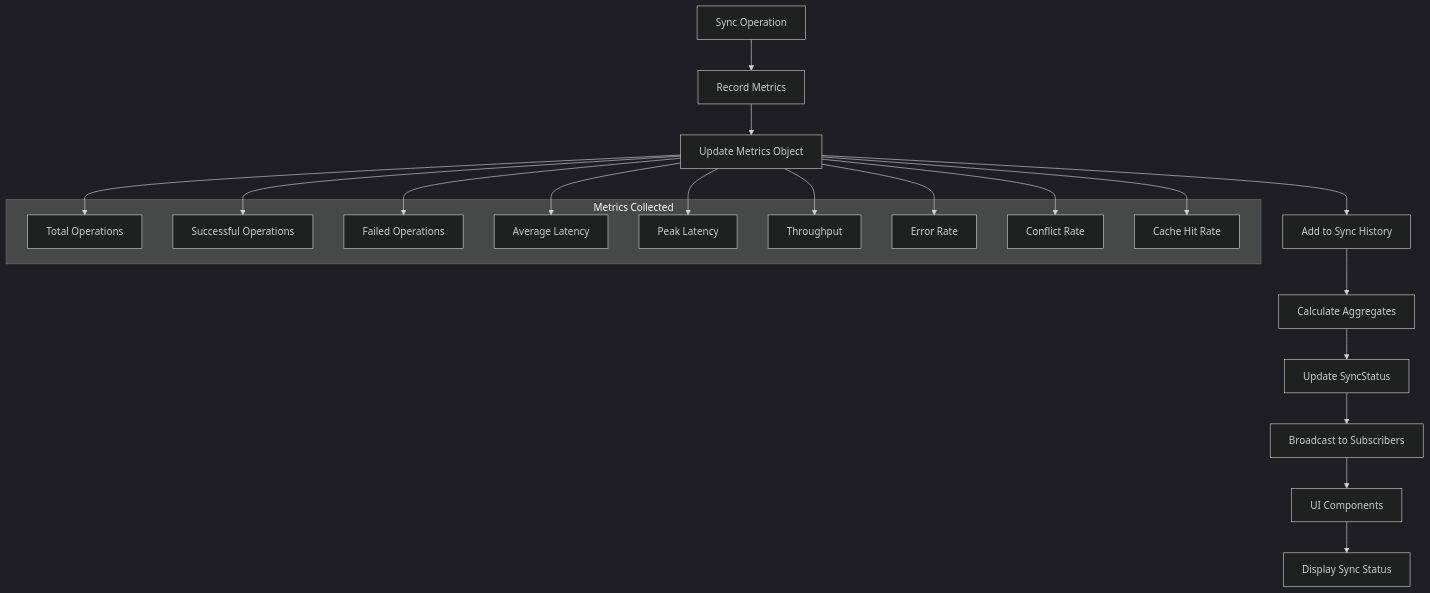
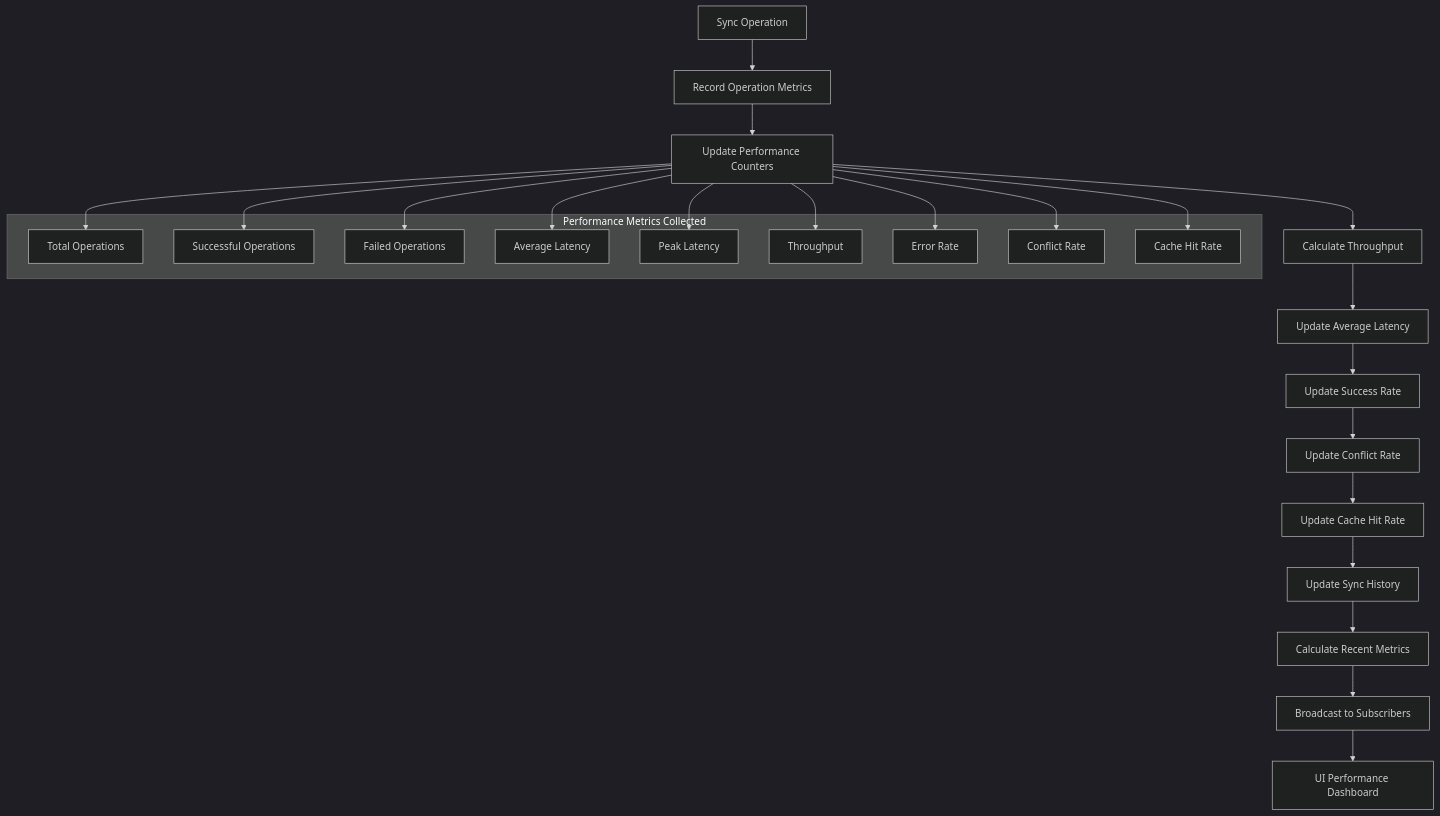
Diagram 14 of 20 in .qoder/repowiki/en/content/Architecture Overview/Data Management Architecture/Data Synchronization Workflow/Data Synchronization Workflow.md (geniusdynamics/schoolpilot), drawn with Mermaid (dark theme) before and after one commit. The commit also changed other lines of this file and 8 other files, not shown here.

````diff
--- a/.qoder/repowiki/en/content/Architecture Overview/Data Management Architecture/Data Synchronization Workflow/Data Synchronization Workflow.md
+++ b/.qoder/repowiki/en/content/Architecture Overview/Data Management Architecture/Data Synchronization Workflow/Data Synchronization Workflow.md
@@ -491,31 +552,34 @@
 ```mermaid
 flowchart TD
-A[Sync Operation] --> B[Record Metrics]
-B --> C[Update Metrics Object]
-C --> D[Add to Sync History]
-D --> E[Calculate Aggregates]
-E --> F[Update SyncStatus]
-F --> G[Broadcast to Subscribers]
-G --> H[UI Components]
-H --> I[Display Sync Status]
-subgraph "Metrics Collected"
+A[Sync Operation] --> B[Record Operation Metrics]
+B --> C[Update Performance Counters]
+C --> D[Calculate Throughput]
+D --> E[Update Average Latency]
+E --> F[Update Success Rate]
+F --> G[Update Conflict Rate]
+G --> H[Update Cache Hit Rate]
+H --> I[Update Sync History]
+I --> J[Calculate Recent Metrics]
+J --> K[Broadcast to Subscribers]
+K --> L[UI Performance Dashboard]
+subgraph "Performance Metrics Collected"
 M1[Total Operations]
 M2[Successful Operations]
 M3[Failed Operations]
 M4[Average Latency]
 M5[Peak Latency]
 M6[Throughput]
 M7[Error Rate]
 M8[Conflict Rate]
 M9[Cache Hit Rate]
 end
 C --> M1
 C --> M2
 C --> M3
 C --> M4
 C --> M5
 C --> M6
 C --> M7
 C --> M8
 C --> M9
 ```
````
